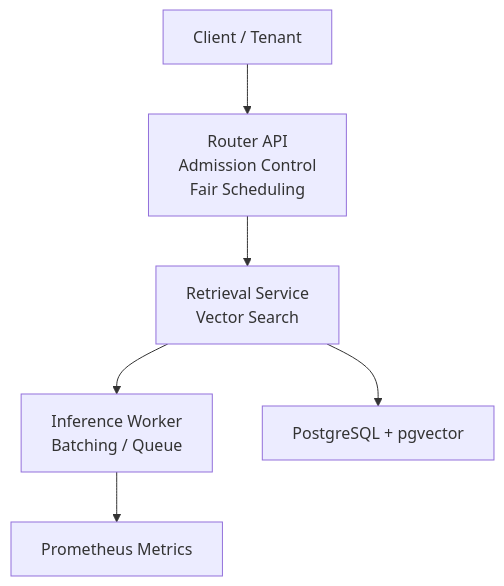
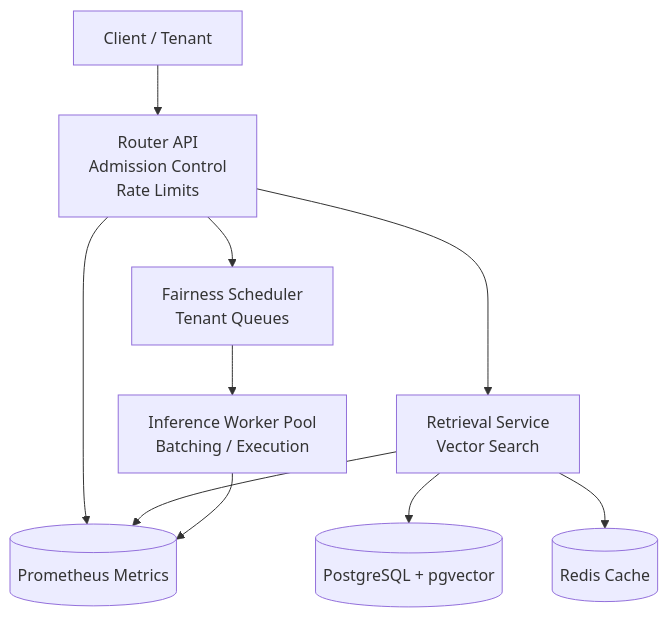
The first of 4 diagrams in docs/architecture/AI-Inference-Platform-Architecture-Description.md (CeciliaGit/ai-inference-platform-lab), drawn with Mermaid before and after one commit. The commit also changed other lines of this file, not shown here.

````diff
--- a/docs/architecture/AI-Inference-Platform-Architecture-Description.md
+++ b/docs/architecture/AI-Inference-Platform-Architecture-Description.md
@@ -80,21 +80,28 @@
 ```mermaid
 flowchart TD
+    A[Client / Tenant]
 
-A[Client / Tenant]
+    B[Router API<br/>Admission Control<br/>Rate Limits]
 
-B[Router API<br>Admission Control<br>Fair Scheduling]
+    C[Fairness Scheduler<br/>Tenant Queues]
 
-C[Retrieval Service<br>Vector Search]
+    D[Retrieval Service<br/>Vector Search]
 
-D[Inference Worker<br>Batching / Queue]
+    E[Inference Worker Pool<br/>Batching / Execution]
 
-E[PostgreSQL + pgvector]
+    F[(PostgreSQL + pgvector)]
 
-F[Prometheus Metrics]
+    G[(Redis Cache)]
 
-A --> B
-B --> C
-C --> D
-C --> E
-D --> F
+    H[(Prometheus Metrics)]
+
+    A --> B
+    B --> C
+    B --> D
+    D --> F
+    D --> G
+    C --> E
+    B --> H
+    D --> H
+    E --> H
 ```
````
